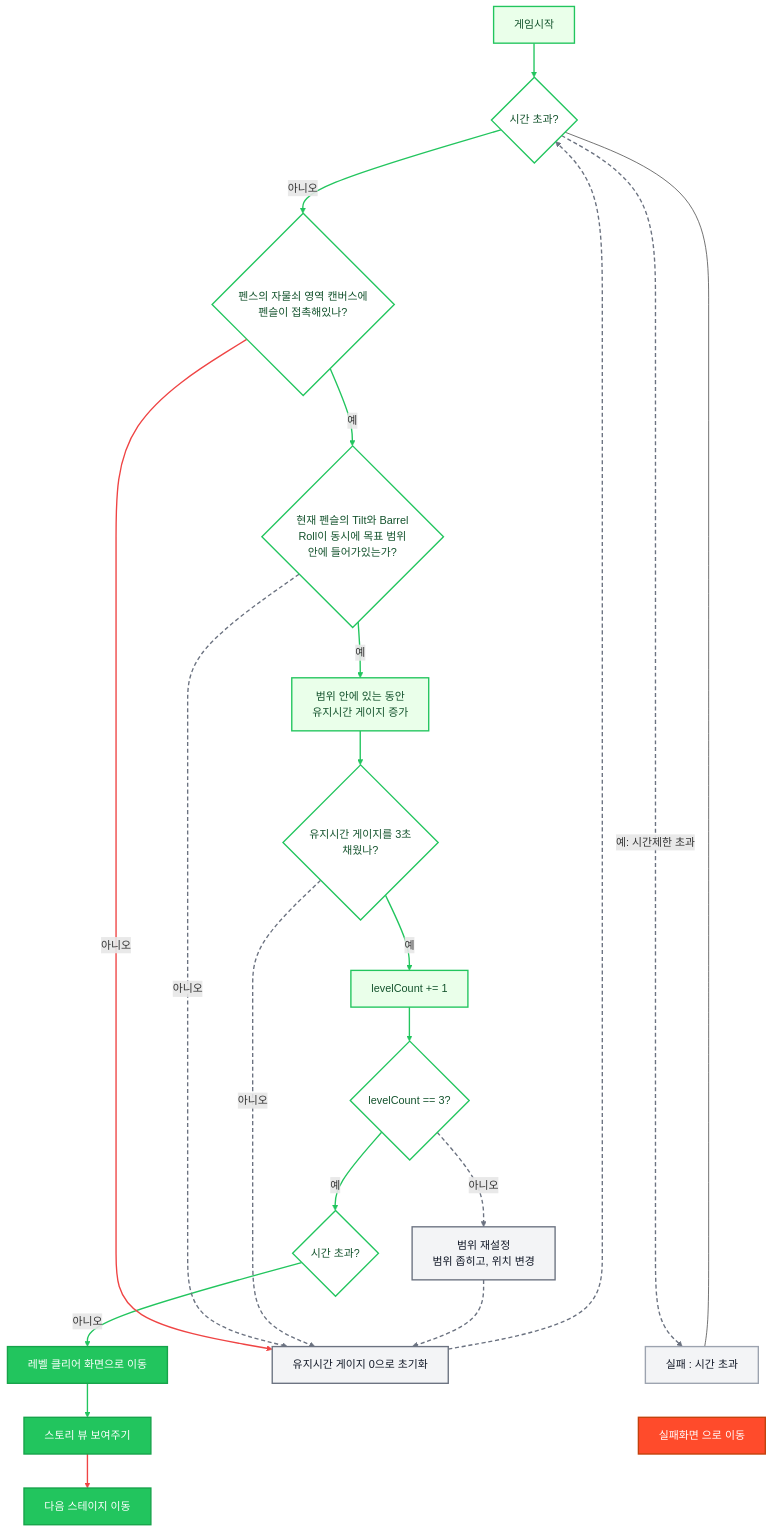
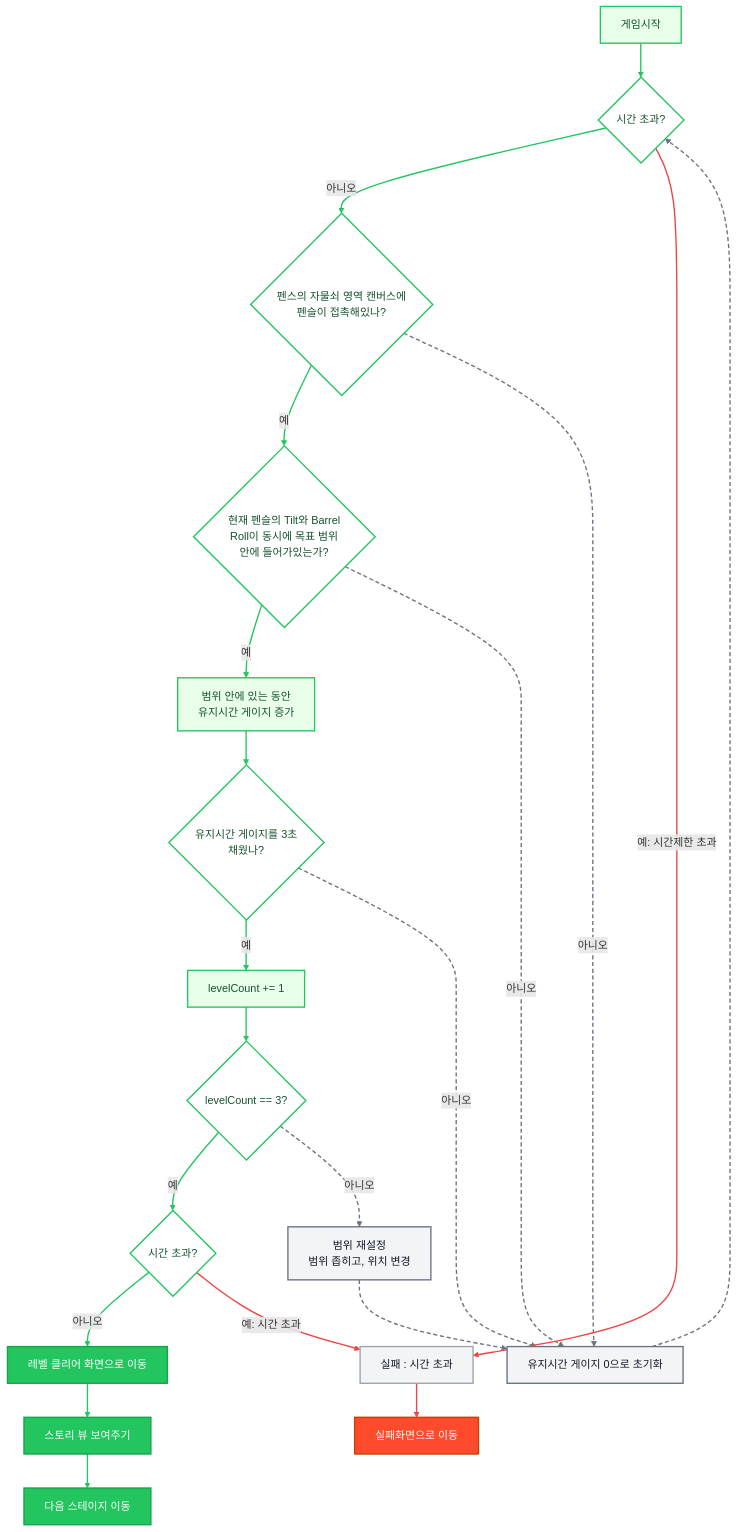
The first of 2 diagrams in docs/design/stage2_lock.md (DeveloperAcademy-POSTECH/2026-C3-M5-PPAP), drawn with Mermaid before and after one commit.

Commit message:
flow update

````diff
--- a/docs/design/stage2_lock.md
+++ b/docs/design/stage2_lock.md
@@ -107,51 +107,44 @@
 ```mermaid
 flowchart TB
 
   A[게임시작] --> B{시간 초과?}
   B -->|아니오| C{펜스의 자물쇠 영역 캔버스에<br/>펜슬이 접촉해있나?}
   C -->|예| D{현재 펜슬의 Tilt와 Barrel<br/>Roll이 동시에 목표 범위<br/>안에 들어가있는가?}
   D -->|예| E[범위 안에 있는 동안<br/>유지시간 게이지 증가]
   E --> H{유지시간 게이지를 3초<br/>채웠나?}
   H -->|예| I[levelCount += 1]
   I --> J{levelCount == 3?}
   J -->|예| K{시간 초과?}
   K -->|아니오| L[레벨 클리어 화면으로 이동]
   L --> M[스토리 뷰 보여주기]
   M --> N[다음 스테이지 이동]
 
-
   C -->|아니오| R[유지시간 게이지 0으로 초기화]
   D -->|아니오| R
   H -->|아니오| R
   J -->|아니오| P[범위 재설정<br/>범위 좁히고, 위치 변경]
   P --> R
   R --> B
 
   B -->|예: 시간제한 초과| F[실패 : 시간 초과]
-  K --> F
-  F --> G[실패화면 으로 이동]
+  K -->|예: 시간 초과| F
+  F --> G[실패화면으로 이동]
 
-
-  B --- R
-  B --- F
-
-
-  linkStyle 0,1,2,3,4,5,6,7,8,9 stroke:#22c55e,stroke-width:2px
-  linkStyle 10,11 stroke:#ef4444,stroke-width:2px
-  linkStyle 12,13,14,15,16,17 stroke:#6b7280,stroke-width:2px,stroke-dasharray:6 4
-  linkStyle 18,19,20 stroke:transparent
+  linkStyle 0,1,2,3,4,5,6,7,8,9,10 stroke:#22c55e,stroke-width:2px
+  linkStyle 11,12,13,14,15,16 stroke:#6b7280,stroke-width:2px,stroke-dasharray:6 4
+  linkStyle 17,18,19 stroke:#ef4444,stroke-width:2px
 
   classDef main fill:#eaffea,stroke:#22c55e,color:#14532d,stroke-width:2px
   classDef decision fill:#ffffff,stroke:#22c55e,color:#14532d,stroke-width:2px
   classDef loop fill:#f3f4f6,stroke:#6b7280,color:#111827,stroke-width:2px
   classDef fail fill:#f3f4f6,stroke:#9ca3af,color:#111827,stroke-width:2px
   classDef failGo fill:#ff4b2b,stroke:#c2410c,color:#ffffff,stroke-width:2px
   classDef clear fill:#22c55e,stroke:#16a34a,color:#ffffff,stroke-width:2px
 
   class A,E,I main
   class B,C,D,H,J,K decision
   class R,P loop
   class F fail
   class G failGo
   class L,M,N clear
 ```
````
